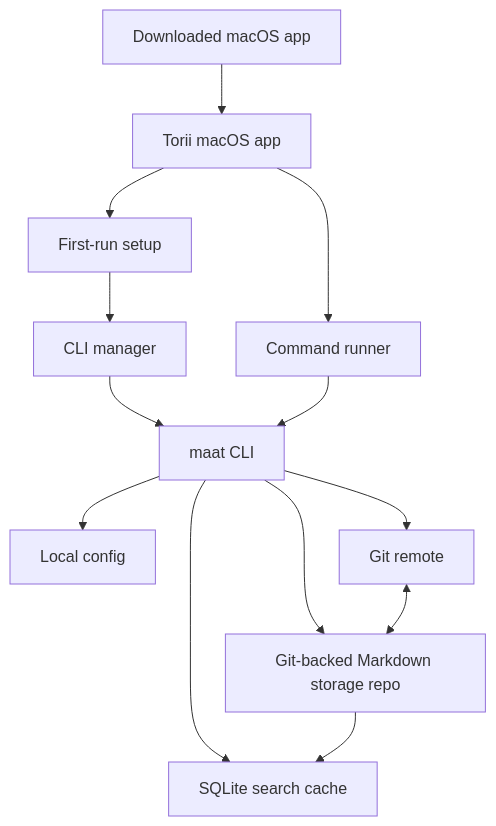
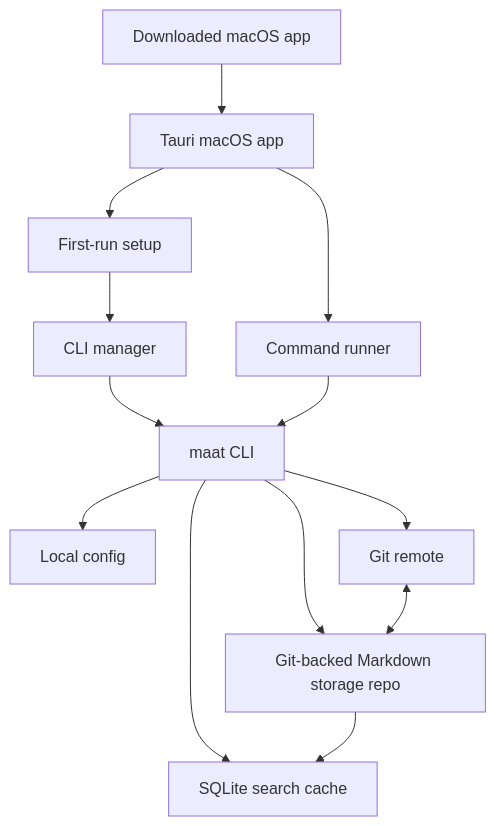
One commit to sunday-studio/maat changed the first of 5 diagrams in docs/macos-app-architecture.md. Above: the diagram before and after it, drawn with Mermaid. The commit also changed other lines of this file, not shown here.

Commit message:
docs(architecture): correct tauri app naming

````diff
--- a/docs/macos-app-architecture.md
+++ b/docs/macos-app-architecture.md
@@ -28,15 +28,15 @@
 ```mermaid
 flowchart TD
-    DMG[Downloaded macOS app] --> APP[Torii macOS app]
+    DMG[Downloaded macOS app] --> APP[Tauri macOS app]
     APP --> SETUP[First-run setup]
     SETUP --> CLIMGR[CLI manager]
     CLIMGR --> CLI[maat CLI]
     APP --> RUNNER[Command runner]
     RUNNER --> CLI
     CLI --> CONFIG[Local config]
     CLI --> STORE[Git-backed Markdown storage repo]
     CLI --> INDEX[SQLite search cache]
     CLI --> GIT[Git remote]
     STORE --> INDEX
     GIT <--> STORE
 ```
````
